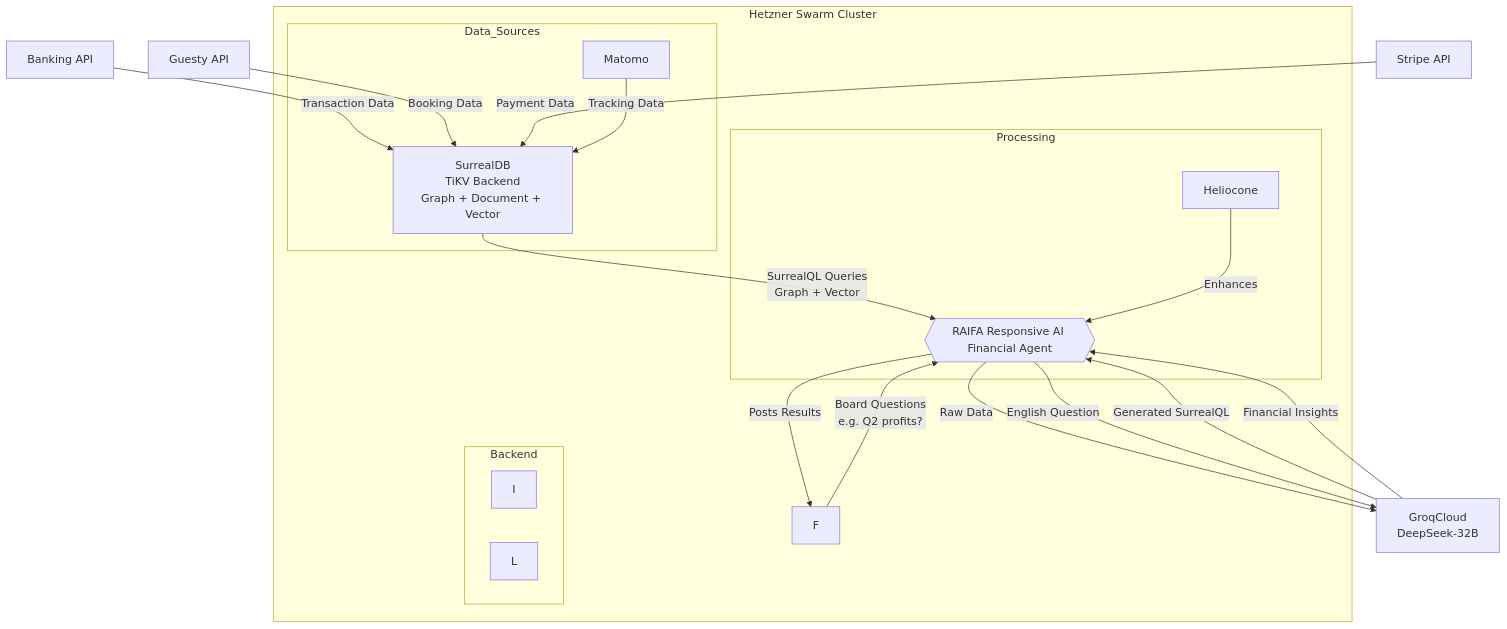
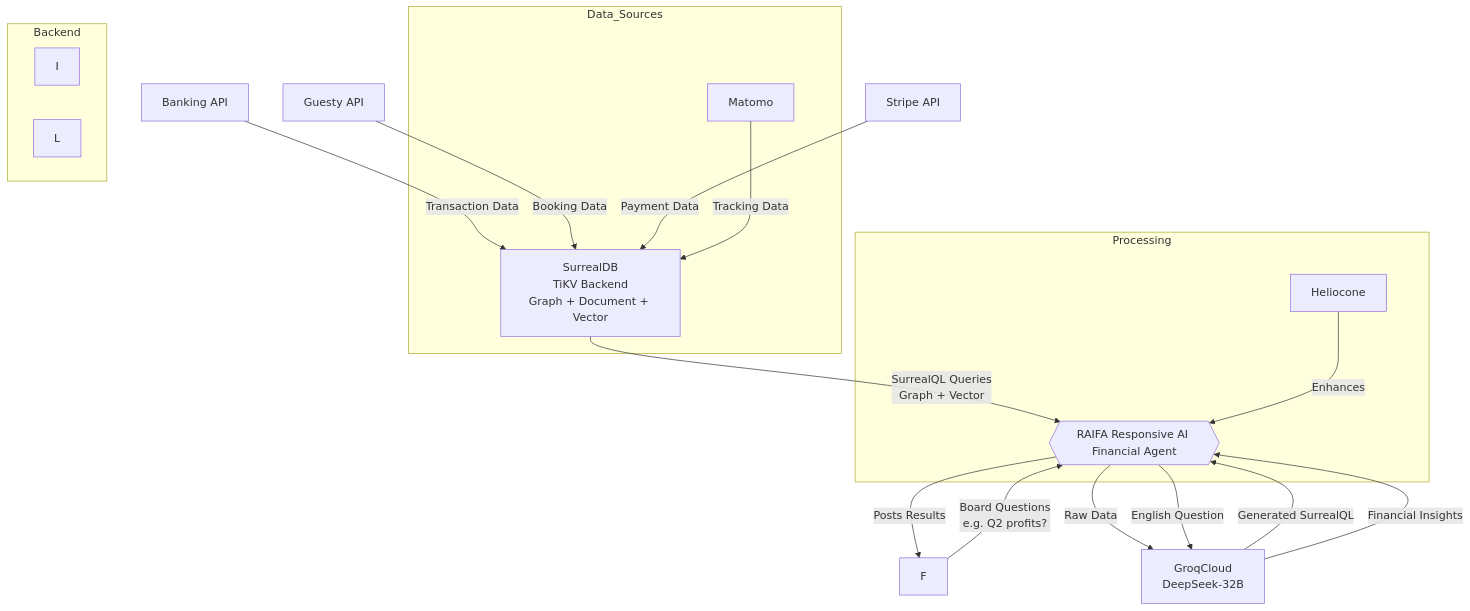
The fourth of 4 diagrams in projects/bnb/v6-b.md (deepbrainspace/deepbrain-stack), drawn with Mermaid before and after one commit. The commit also changed other lines of this file, not shown here.

````diff
--- a/projects/bnb/v6-b.md
+++ b/projects/bnb/v6-b.md
@@ -117,30 +115,29 @@
 ```mermaid
 graph TD
     A[Banking API] -->|Transaction Data| B[SurrealDB<br>TiKV Backend<br>Graph + Document + Vector]
     C[Guesty API] -->|Booking Data| B
     D[Stripe API] -->|Payment Data| B
-    subgraph Hetzner_CCX23_Cluster_Docker_Swarm[Hetzner Swarm Cluster]
-        E[Matomo] -->|Tracking Data| B
-        F -->|Board Questions<br>e.g. Q2 profits?| G{{RAIFA Responsive AI Financial Agent}}
-        B -->|SurrealQL Queries<br>Graph + Vector| G
-        G -->|Posts Results| F
-        M[Heliocone] -->|Enhances| G
-        subgraph Data_Sources
-            B
-            E
-        end
-        subgraph Backend
-            I
-            L
-        end
-        subgraph Processing
-            G
-            M
-        end
+    E[Matomo] -->|Tracking Data| B
+    F -->|Board Questions<br>e.g. Q2 profits?| G{{RAIFA Responsive AI Financial Agent}}
+    B -->|SurrealQL Queries<br>Graph + Vector| G
+    G -->|Posts Results| F
+    M[Heliocone] -->|Enhances| G
+    subgraph Data_Sources
+        B
+        E
     end
+    subgraph Backend
+        I
+        L
+    end
+    subgraph Processing
+        G
+        M
+    end
+
     H -->|Generated SurrealQL| G
     G -->|Raw Data| H
     H -->|Financial Insights| G
         
     G -->|English Question| H[GroqCloud<br>DeepSeek-32B]
 ```
````
